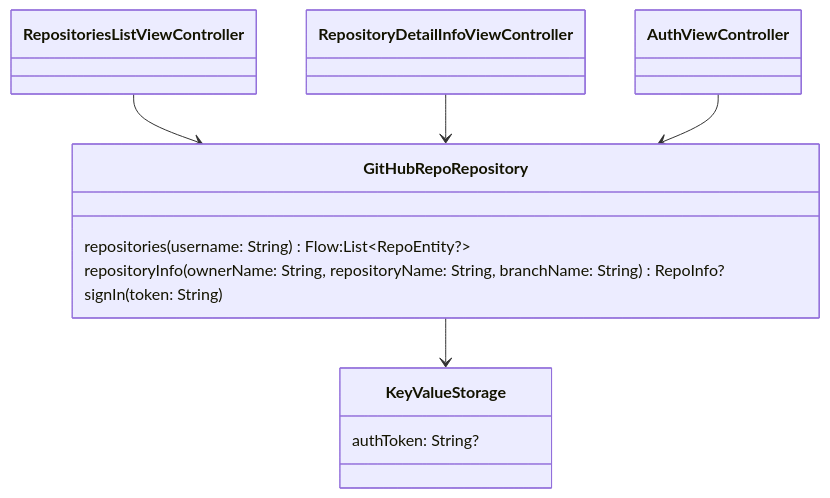
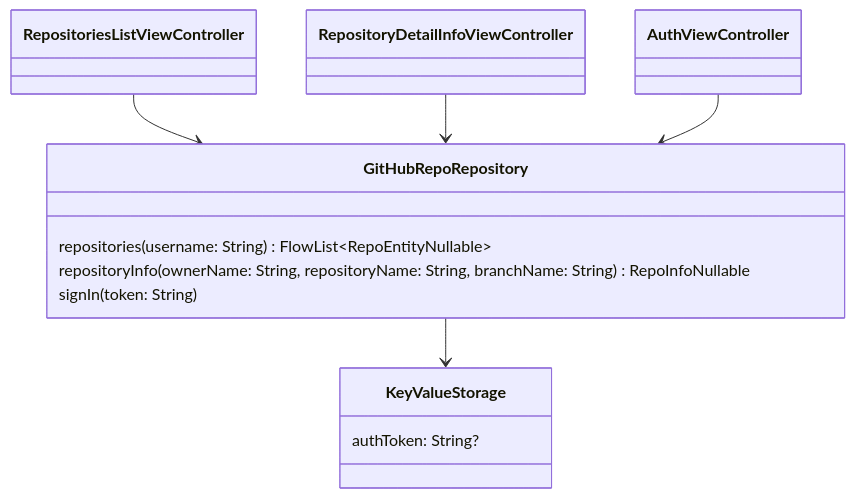
Before and after one commit to icerockdev/kmm.icerock.dev: the diagram in university/2-ios-basics/practice.md, drawn with Mermaid. The commit also changed 2 other files, not shown here.

````diff
--- a/university/2-ios-basics/practice.md
+++ b/university/2-ios-basics/practice.md
@@ -40,22 +40,22 @@
 ```mermaid
    classDiagram
    
    class RepositoriesListViewController:::ios
    class RepositoryDetailInfoViewController:::ios
    class AuthViewController:::ios
    
    class GitHubRepoRepository:::ios{
-      repositories(username: String) Flow:List~RepoEntity?~
-      repositoryInfo(ownerName: String, repositoryName: String, branchName: String) RepoInfo?
+      repositories(username: String) FlowList~RepoEntityNullable~
+      repositoryInfo(ownerName: String, repositoryName: String, branchName: String) RepoInfoNullable
       signIn(token: String)
    }
    
    class KeyValueStorage:::ios{
      authToken: String?
    }
 
    RepositoriesListViewController --> GitHubRepoRepository
    RepositoryDetailInfoViewController --> GitHubRepoRepository
    AuthViewController --> GitHubRepoRepository
    GitHubRepoRepository --> KeyValueStorage
 ```
````
